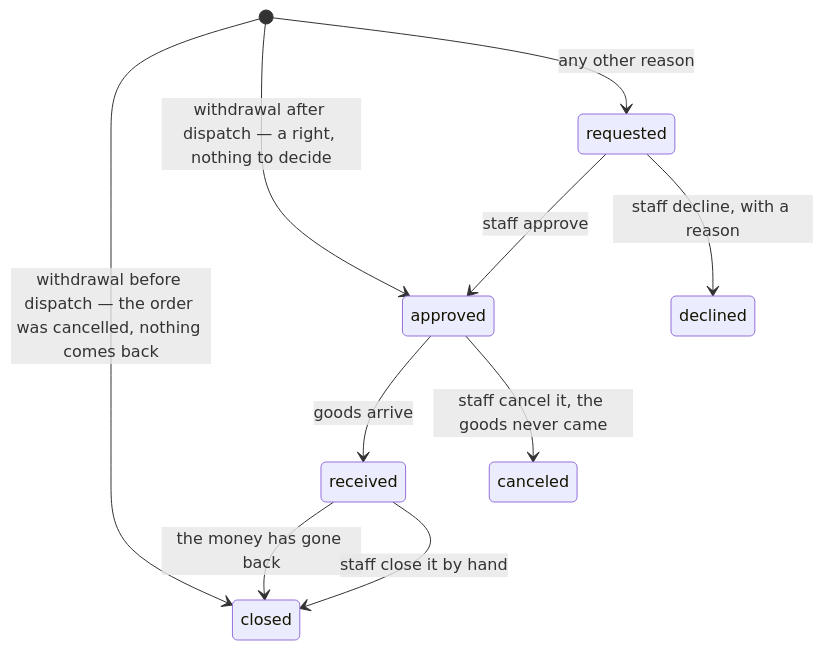
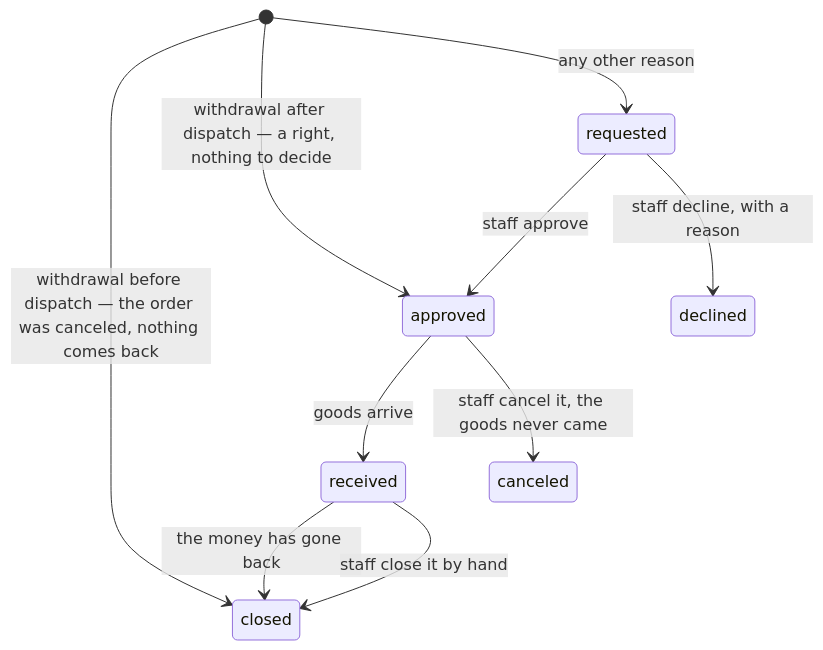
Before and after one commit to Guebbit/boilerplate-node-backend: the second of 6 diagrams in docs/modules/returns.md, drawn with Mermaid. The commit also changed other lines of this file and 301 other files, not shown here.

````diff
--- a/docs/modules/returns.md
+++ b/docs/modules/returns.md
@@ -80,12 +80,12 @@
 ```mermaid
 stateDiagram-v2
-    [*] --> closed: withdrawal before dispatch — the order was cancelled, nothing comes back
+    [*] --> closed: withdrawal before dispatch — the order was canceled, nothing comes back
     [*] --> approved: withdrawal after dispatch — a right, nothing to decide
     [*] --> requested: any other reason
     requested --> approved: staff approve
     requested --> declined: staff decline, with a reason
     approved --> received: goods arrive
     approved --> canceled: staff cancel it, the goods never came
     received --> closed: the money has gone back
     received --> closed: staff close it by hand
 ```
````
